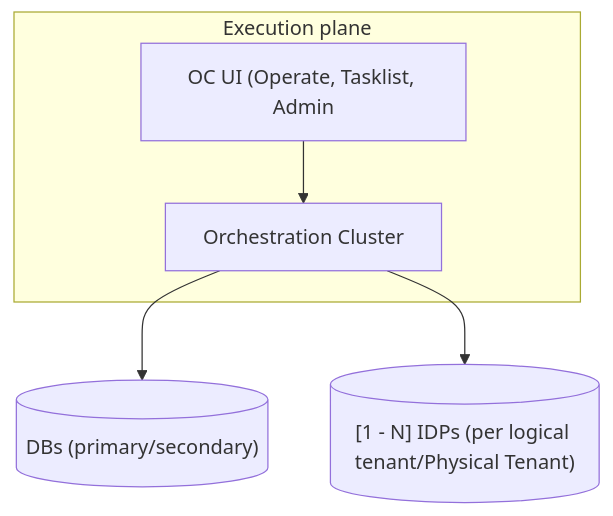
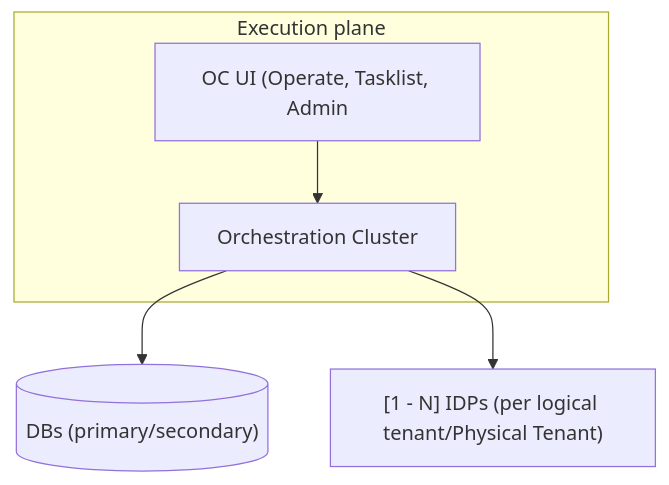
Before and after one commit to camunda/camunda-security-library: the fourth of 22 diagrams in docs/architecture_docs.md, drawn with Mermaid. The commit also changed other lines of this file, not shown here.

First line of the commit message:
docs: refine architecture docs

````diff
--- a/docs/architecture_docs.md
+++ b/docs/architecture_docs.md
@@ -428,16 +428,16 @@
 ```mermaid
 flowchart TB
 
   subgraph Execution["Execution plane"]
     OcUi["OC UI (Operate, Tasklist, Admin"]
 
     OC["Orchestration Cluster"]
 
     OcUi --> OC
   end
 
-  IdPs[("[1 - N] IDPs (per logical tenant/Physical Tenant)")]
+  IdPs["[1 - N] IDPs (per logical tenant/Physical Tenant)"]
   DBs[("DBs (primary/secondary)")]
 
   OC --> DBs & IdPs
 ```
````
